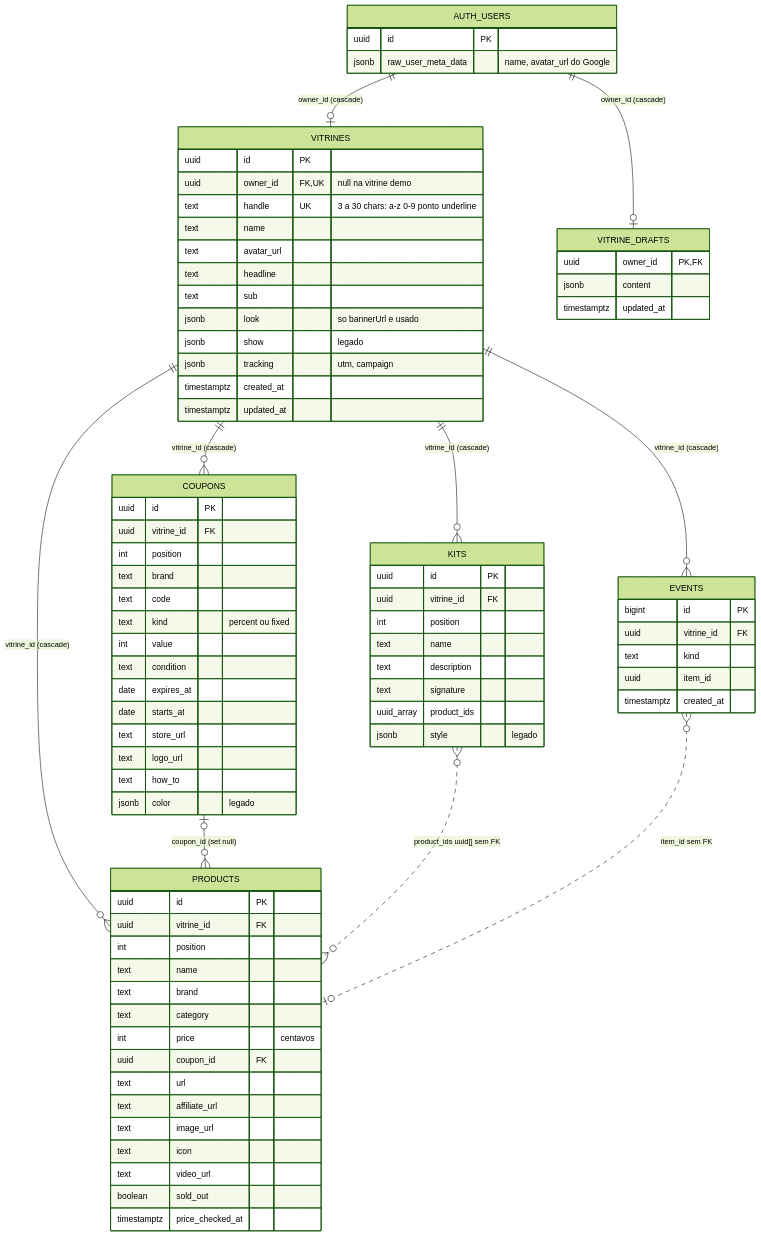
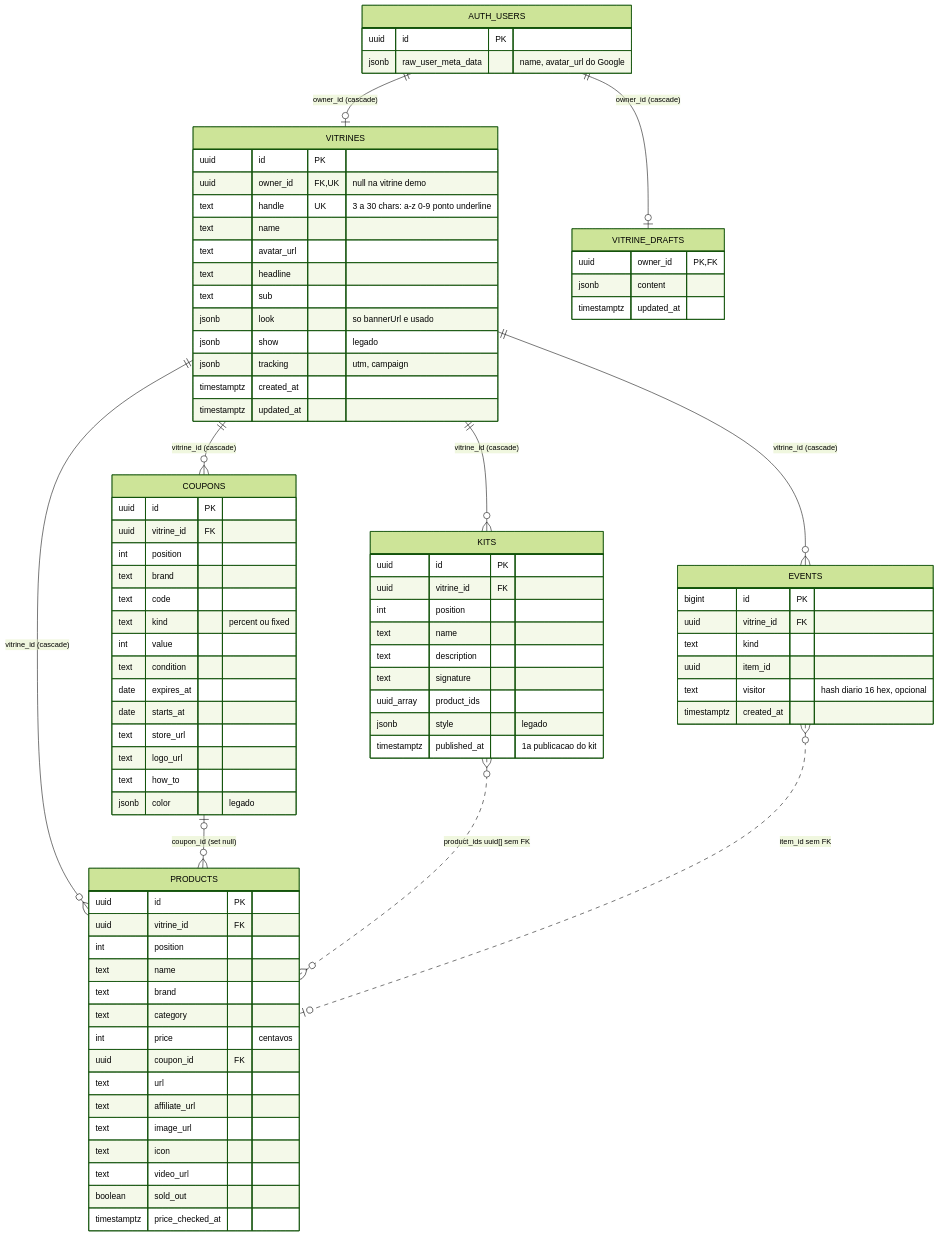
One commit to estevaons/myvitri changed the first of 3 diagrams in docs/database.md. Above: the diagram before and after it, drawn with Mermaid (forest theme). The commit also changed other lines of this file and 30 other files, not shown here.

````diff
--- a/docs/database.md
+++ b/docs/database.md
@@ -96,6 +96,7 @@
         text signature
         uuid_array product_ids
         jsonb style "legado"
+        timestamptz published_at "1a publicacao do kit"
     }
     VITRINE_DRAFTS {
         uuid owner_id PK,FK
@@ -107,6 +108,7 @@
         uuid vitrine_id FK
         text kind
         uuid item_id
+        text visitor "hash diario 16 hex, opcional"
         timestamptz created_at
     }
 ```
````
